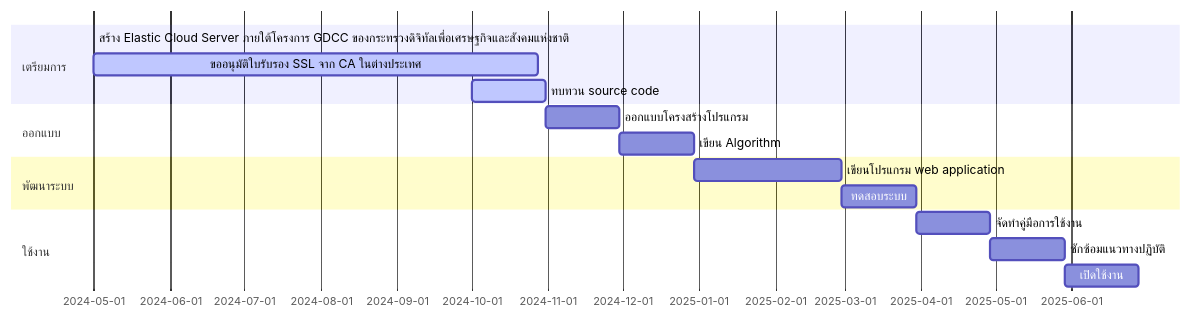
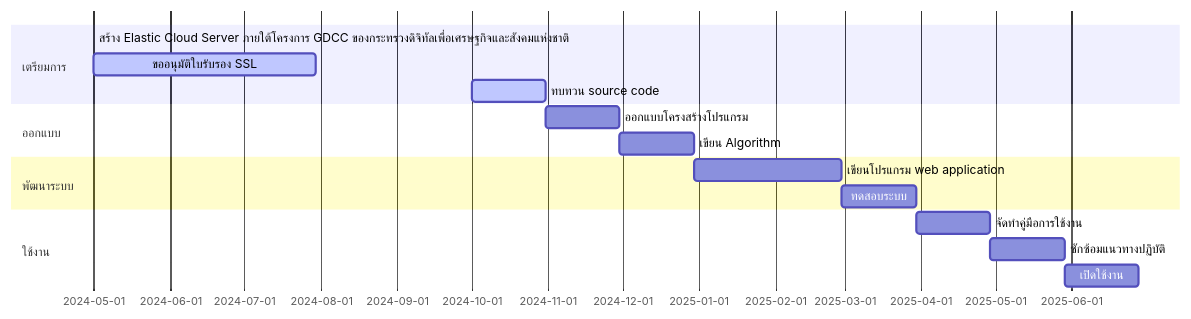
One commit to Kietpawpan/e-tracking changed the first of 2 diagrams in README.md. Above: the diagram before and after it, drawn with Mermaid.

````diff
--- a/README.md
+++ b/README.md
@@ -10,19 +10,19 @@
 ```mermaid
 gantt
     section เตรียมการ
     สร้าง Elastic Cloud Server ภายใต้โครงการ GDCC ของกระทรวงดิจิทัลเพื่อเศรษฐกิจและสังคมแห่งชาติ :done,    des1, 2024-05-01,2024-05-30
-    ขออนุมัติใบรับรอง SSL จาก CA ในต่างประเทศ        :active, des2, after des1, 180d
+    ขออนุมัติใบรับรอง SSL       :active, des2, after des1, 90d
     ทบทวน source code  :   active, des3, 2024-10-01, 30d
     section ออกแบบ
     ออกแบบโครงสร้างโปรแกรม  :         des4, after des3, 30d
     เขียน Algorithm:   des5, after des4, 30d
     section พัฒนาระบบ
     เขียนโปรแกรม web application  :  des6, after des5, 60d
     ทดสอบระบบ:des7, after des6, 30d
    section ใช้งาน
     จัดทำคู่มือการใช้งาน   :         des8, after des7, 30d
     ซักซ้อมแนวทางปฏิบัติ   :         des9, after des8, 30d
       เปิดใช้งาน: des10, after des9, 30d
 
 
 ```
````
